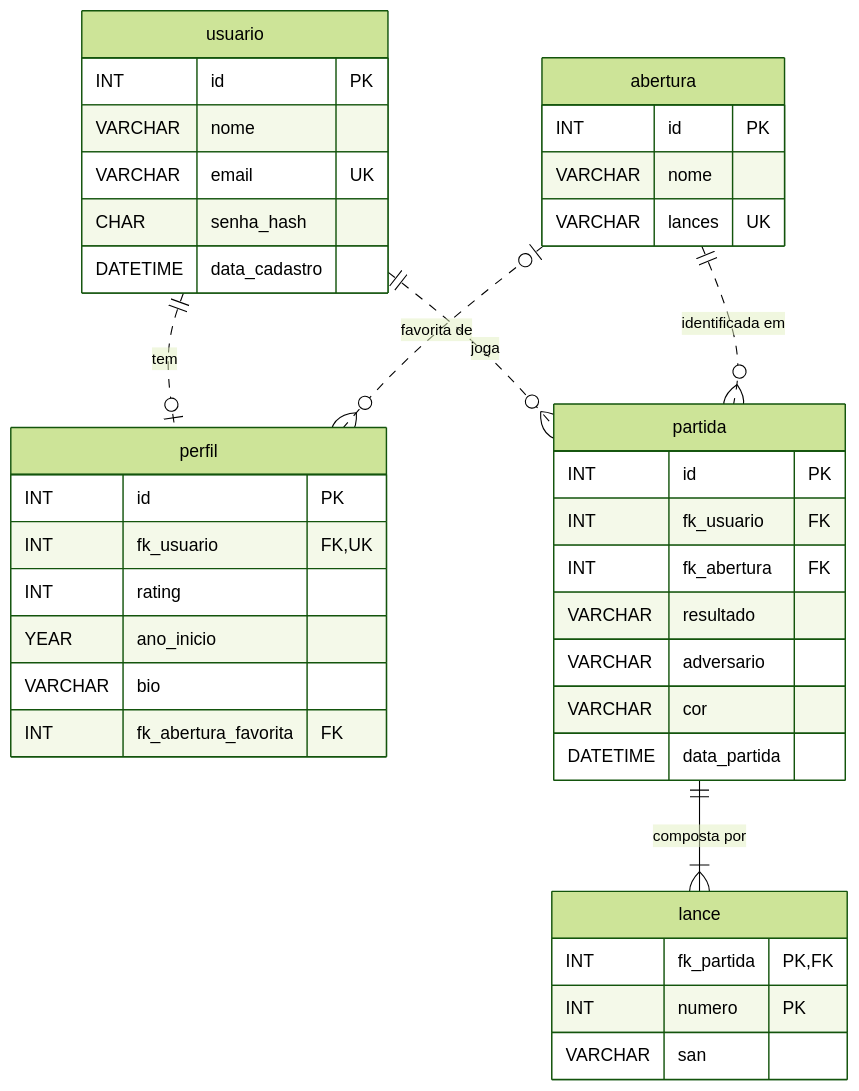
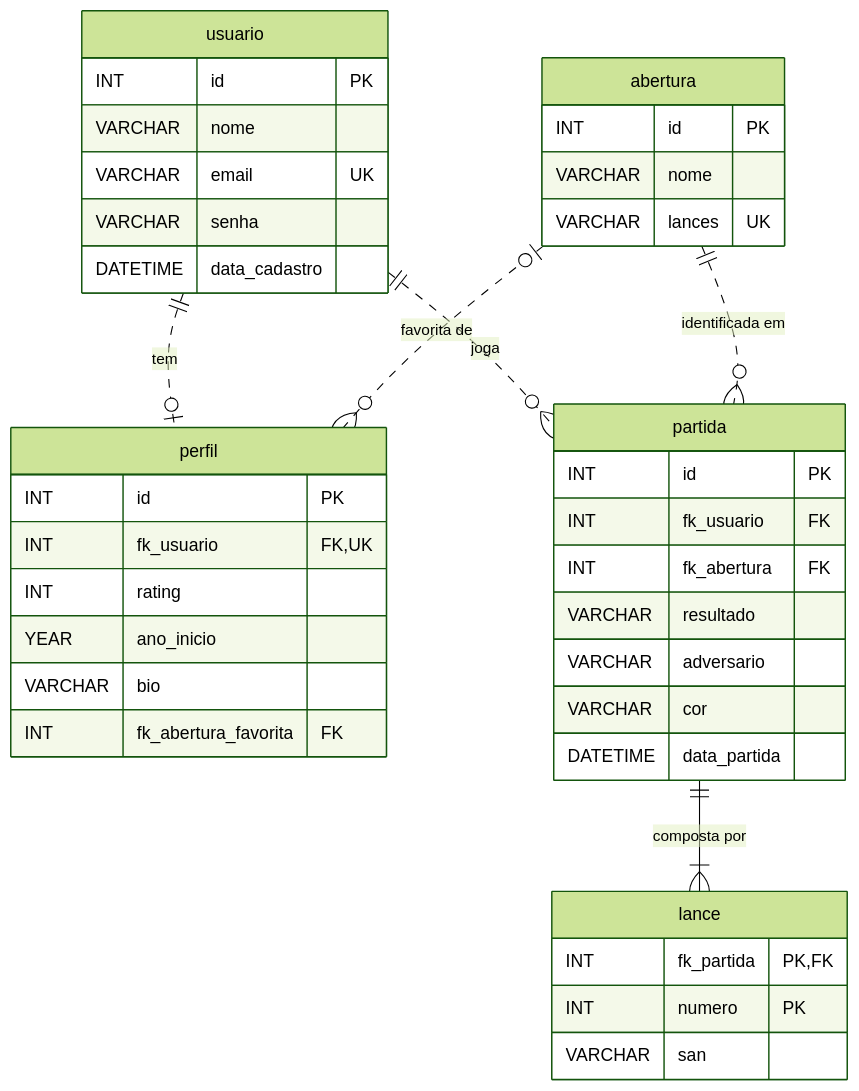
Before and after one commit to igor-fuchs01/chess-life: the diagram in .docs/03-database.md, drawn with Mermaid (forest theme). The commit also changed other lines of this file and 7 other files, not shown here.

````diff
--- a/.docs/03-database.md
+++ b/.docs/03-database.md
@@ -47,43 +47,43 @@
 ```mermaid
 erDiagram
     usuario ||..o| perfil : "tem"
     abertura |o..o{ perfil : "favorita de"
     usuario ||..o{ partida : "joga"
     abertura ||..o{ partida : "identificada em"
     partida ||--|{ lance : "composta por"
 
     usuario {
         INT id PK
         VARCHAR nome
         VARCHAR email UK
-        CHAR senha_hash
+        VARCHAR senha
         DATETIME data_cadastro
     }
     perfil {
         INT id PK
         INT fk_usuario FK, UK
         INT rating
         YEAR ano_inicio
         VARCHAR bio
         INT fk_abertura_favorita FK
     }
     abertura {
         INT id PK
         VARCHAR nome
         VARCHAR lances UK
     }
     partida {
         INT id PK
         INT fk_usuario FK
         INT fk_abertura FK
         VARCHAR resultado
         VARCHAR adversario
         VARCHAR cor
         DATETIME data_partida
     }
     lance {
         INT fk_partida PK, FK
         INT numero PK
         VARCHAR san
     }
 ```
````
